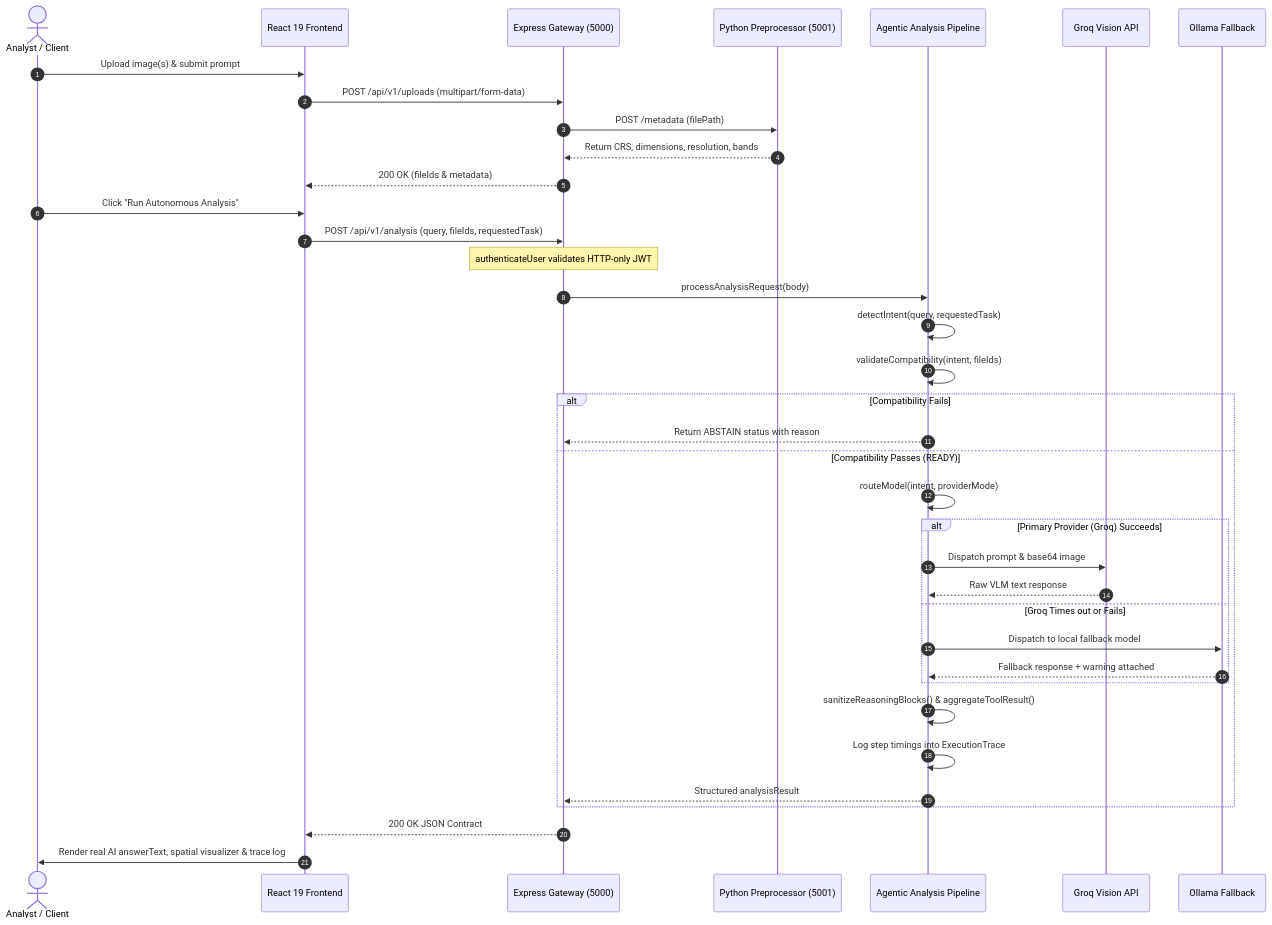
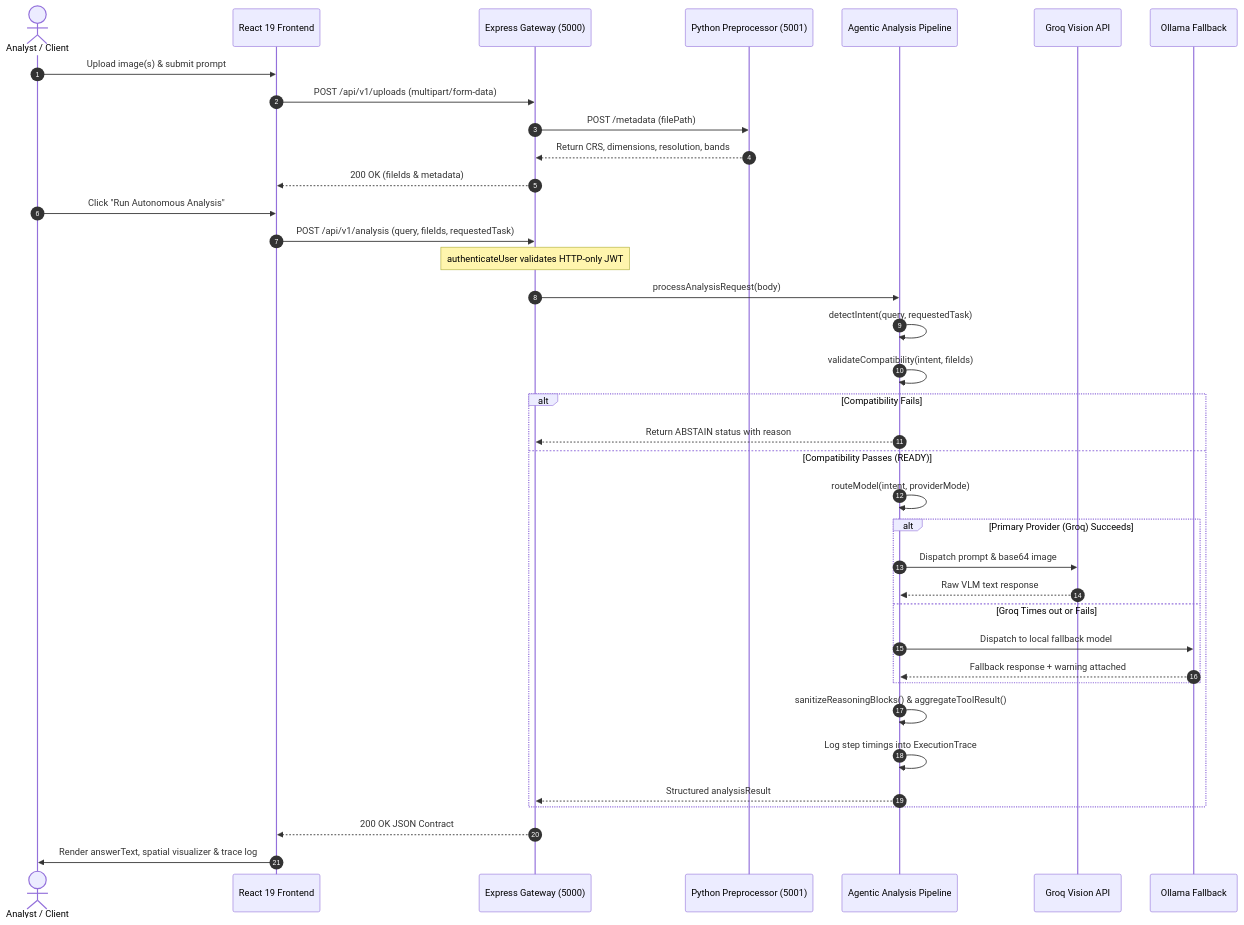
Before and after one commit to KrxnTech/SatVistaar-SIH: the fifth of 5 diagrams in README.md, drawn with Mermaid. The commit also changed other lines of this file, not shown here.

````diff
--- a/README.md
+++ b/README.md
@@ -221,46 +403,47 @@
 ```mermaid
 sequenceDiagram
     autonumber
     actor Analyst as Analyst / Client
     participant Frontend as React 19 Frontend
     participant Gateway as Express Gateway (5000)
     participant Preproc as Python Preprocessor (5001)
     participant Agent as Agentic Analysis Pipeline
     participant Groq as Groq Vision API
     participant Ollama as Ollama Fallback
 
     Analyst->>Frontend: Upload image(s) & submit prompt
     Frontend->>Gateway: POST /api/v1/uploads (multipart/form-data)
     Gateway->>Preproc: POST /metadata (filePath)
     Preproc-->>Gateway: Return CRS, dimensions, resolution, bands
     Gateway-->>Frontend: 200 OK (fileIds & metadata)
 
     Analyst->>Frontend: Click "Run Autonomous Analysis"
     Frontend->>Gateway: POST /api/v1/analysis (query, fileIds, requestedTask)
     Note over Gateway: authenticateUser validates HTTP-only JWT
 
     Gateway->>Agent: processAnalysisRequest(body)
     Agent->>Agent: detectIntent(query, requestedTask)
     Agent->>Agent: validateCompatibility(intent, fileIds)
 
     alt Compatibility Fails
         Agent-->>Gateway: Return ABSTAIN status with reason
     else Compatibility Passes (READY)
         Agent->>Agent: routeModel(intent, providerMode)
-        
+
         alt Primary Provider (Groq) Succeeds
             Agent->>Groq: Dispatch prompt & base64 image
             Groq-->>Agent: Raw VLM text response
         else Groq Times out or Fails
             Agent->>Ollama: Dispatch to local fallback model
             Ollama-->>Agent: Fallback response + warning attached
         end
 
         Agent->>Agent: sanitizeReasoningBlocks() & aggregateToolResult()
         Agent->>Agent: Log step timings into ExecutionTrace
         Agent-->>Gateway: Structured analysisResult
     end
 
     Gateway-->>Frontend: 200 OK JSON Contract
-    Frontend->>Analyst: Render real AI answerText, spatial visualizer & trace log
+    Frontend->>Analyst: Render answerText, spatial visualizer & trace log
+
 ```
````
